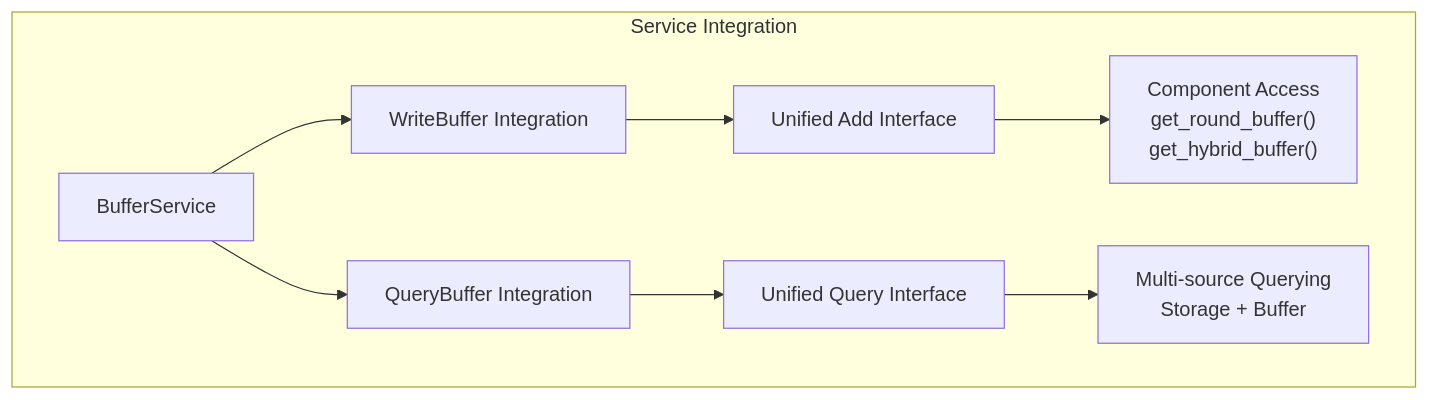
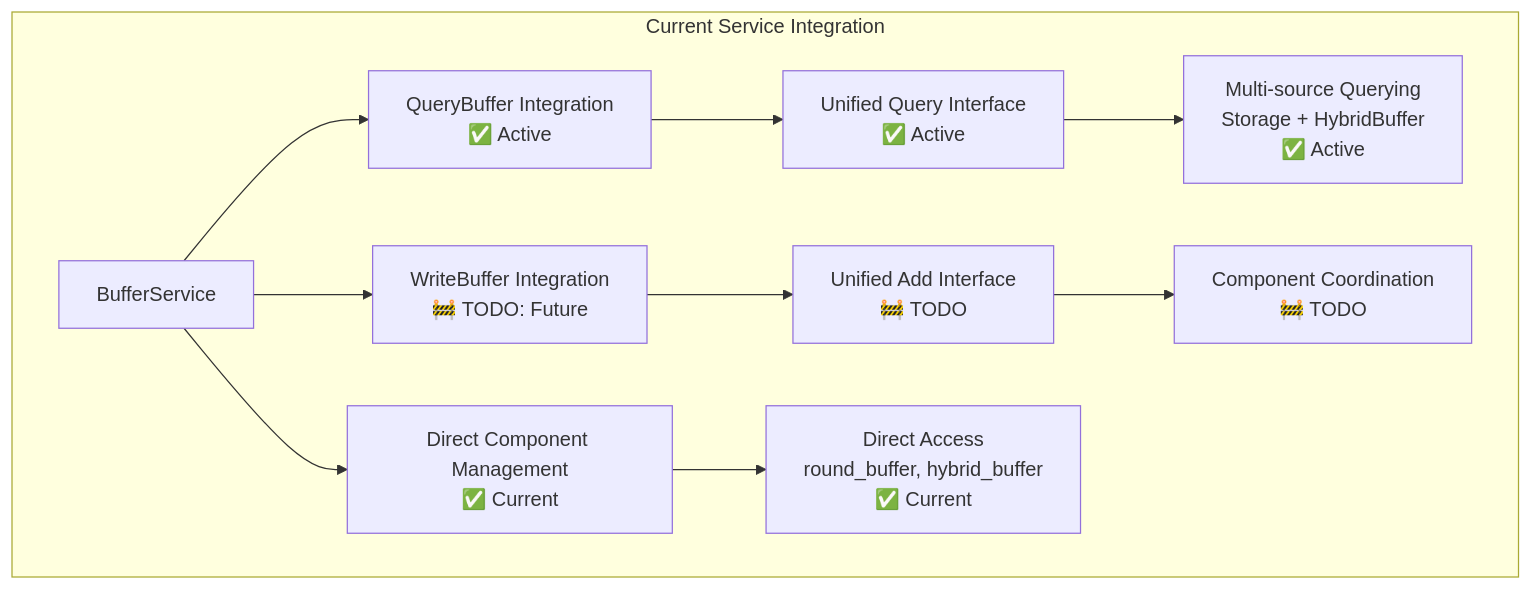
Before and after one commit to memfuse/memfuse: diagram 23 of 24 in docs/architecture/buffer.md, drawn with Mermaid. The commit also changed other lines of this file and 2 other files, not shown here.

First line of the commit message:
docs(architecture): integrate computer caching principles into buffer design

````diff
--- a/docs/architecture/buffer.md
+++ b/docs/architecture/buffer.md
@@ -434,13 +876,15 @@
 ```mermaid
 graph TB
-    subgraph "Service Integration"
-        A[BufferService] --> B[WriteBuffer Integration]
-        A --> C[QueryBuffer Integration]
-        
-        B --> D[Unified Add Interface]
-        C --> E[Unified Query Interface]
-        
-        D --> F["Component Access<br/>get_round_buffer()<br/>get_hybrid_buffer()"]
-        E --> G[Multi-source Querying<br/>Storage + Buffer]
+    subgraph "Current Service Integration"
+        A[BufferService] --> B["WriteBuffer Integration<br/>🚧 TODO: Future"]
+        A --> C["QueryBuffer Integration<br/>✅ Active"]
+        A --> D["Direct Component Management<br/>✅ Current"]
+
+        B --> E["Unified Add Interface<br/>🚧 TODO"]
+        C --> F["Unified Query Interface<br/>✅ Active"]
+        D --> G["Direct Access<br/>round_buffer, hybrid_buffer<br/>✅ Current"]
+
+        F --> H["Multi-source Querying<br/>Storage + HybridBuffer<br/>✅ Active"]
+        E --> I["Component Coordination<br/>🚧 TODO"]
     end
 ```
````
